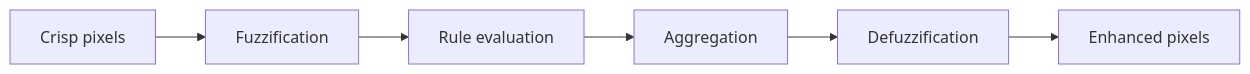
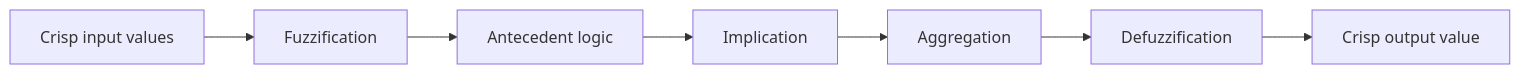
One commit to NeoTech-vietnam/NeoLearning changed the diagram in 05_Advanced-Topics/03_Digital_Image_Processing/01_learning/03_intensity_transformations_and_spatial_filtering/08_fuzzy_techniques.md. Above: the diagram before and after it, drawn with Mermaid. The commit also changed other lines of this file and 11 other files, not shown here.

````diff
--- a/05_Advanced-Topics/03_Digital_Image_Processing/01_learning/03_intensity_transformations_and_spatial_filtering/08_fuzzy_techniques.md
+++ b/05_Advanced-Topics/03_Digital_Image_Processing/01_learning/03_intensity_transformations_and_spatial_filtering/08_fuzzy_techniques.md
@@ -42,8 +84,9 @@
 ```mermaid
 flowchart LR
-    X[Crisp pixels] --> F[Fuzzification]
-    F --> R[Rule evaluation]
-    R --> A[Aggregation]
+    X["Crisp input values"] --> F[Fuzzification]
+    F --> R["Antecedent logic"]
+    R --> I[Implication]
+    I --> A[Aggregation]
     A --> D[Defuzzification]
-    D --> Y[Enhanced pixels]
+    D --> Y["Crisp output value"]
 ```
````
